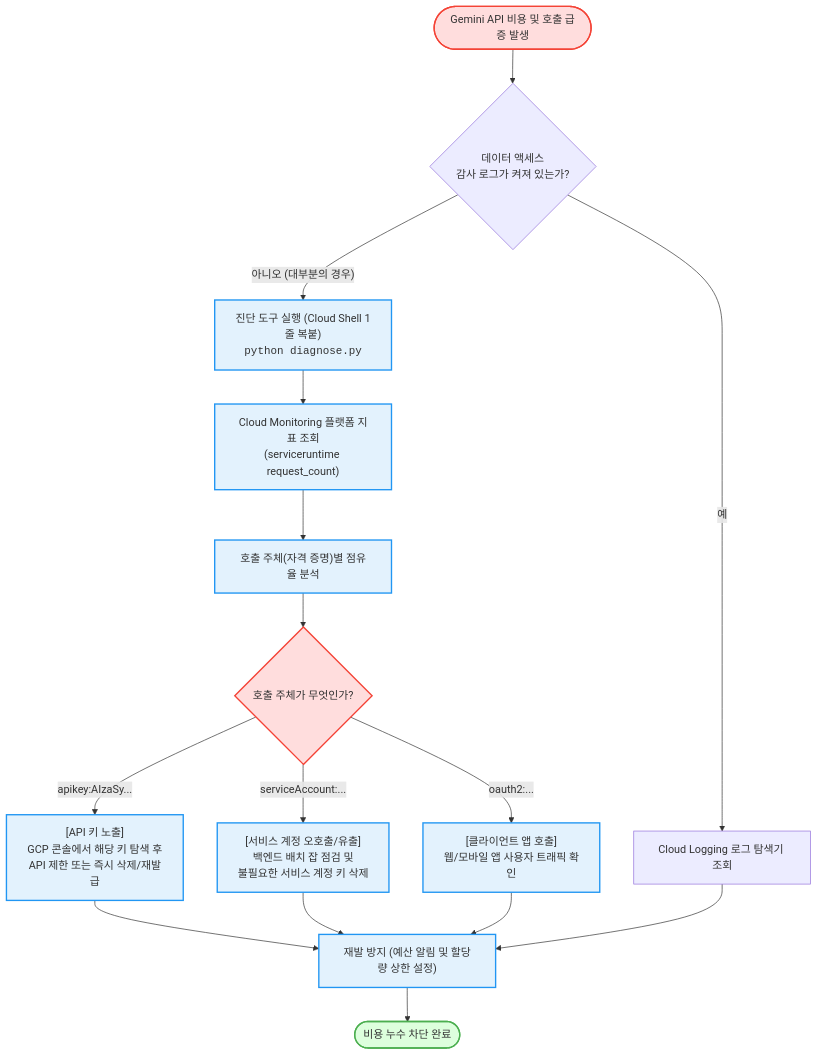
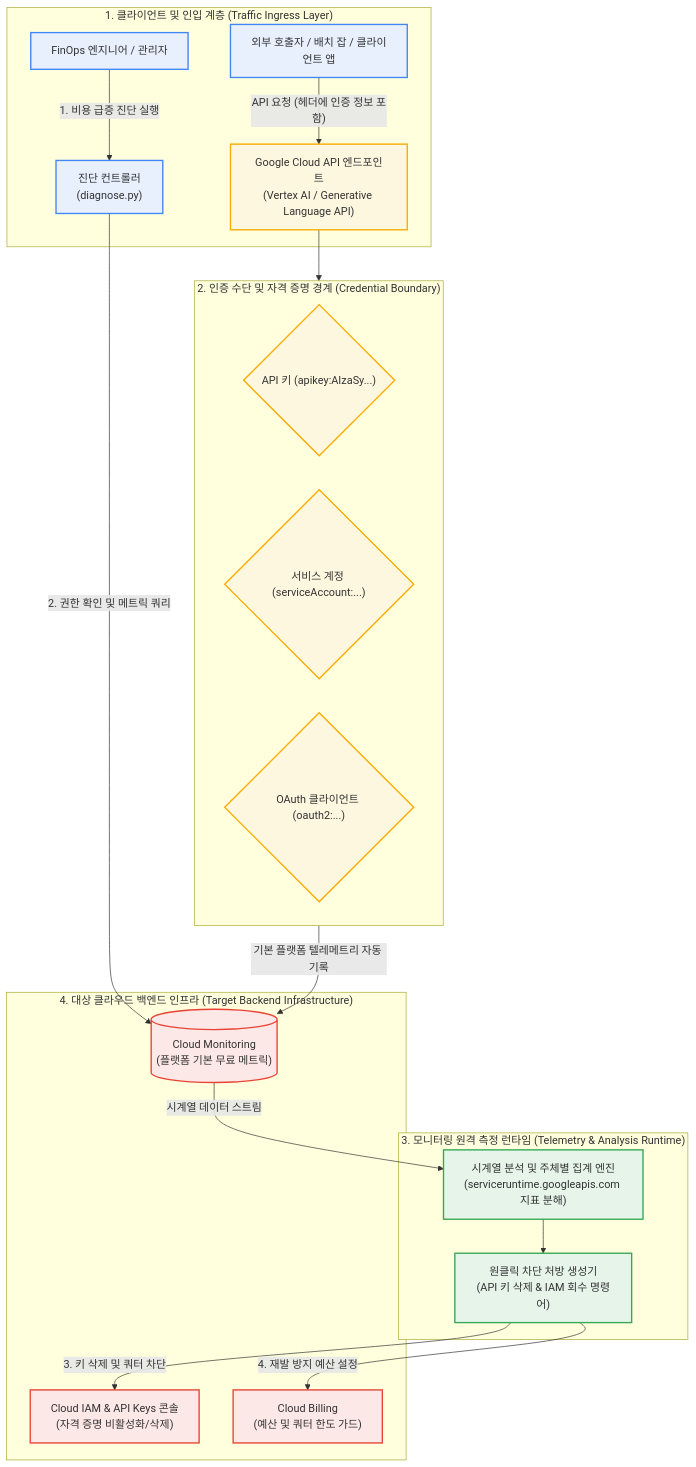
The diagram in samples/gemini-billing-spike/README.md (jiangjun-forge/google-cloud-0-to-1), drawn with Mermaid before and after one commit. The commit also changed other lines of this file and 94 other files, not shown here.

Commit message:
Standardize architecture specifications

````diff
--- a/samples/gemini-billing-spike/README.md
+++ b/samples/gemini-billing-spike/README.md
@@ -74,29 +76,43 @@
 ```mermaid
 flowchart TD
-    Start(["Gemini API 비용 및 호출 급증 발생"]) --> Q1{"데이터 액세스<br/>감사 로그가 켜져 있는가?"}
-    
-    Q1 -- "아니오 (대부분의 경우)" --> RunTool["진단 도구 실행 (Cloud Shell 1줄 복붙)<br/><code>python diagnose.py</code>"]
-    Q1 -- "예" --> AuditCheck["Cloud Logging 로그 탐색기 조회"]
-    
-    RunTool --> FetchMetrics["Cloud Monitoring 플랫폼 지표 조회<br/>(serviceruntime request_count)"]
-    FetchMetrics --> Aggregate["호출 주체(자격 증명)별 점유율 분석"]
-    
-    Aggregate --> Decision{"호출 주체가 무엇인가?"}
-    
-    Decision -- "apikey:AIzaSy..." --> FixApiKey["[API 키 노출]<br/>GCP 콘솔에서 해당 키 탐색 후<br/>API 제한 또는 즉시 삭제/재발급"]
-    Decision -- "serviceAccount:..." --> FixSA["[서비스 계정 오호출/유출]<br/>백엔드 배치 잡 점검 및<br/>불필요한 서비스 계정 키 삭제"]
-    Decision -- "oauth2:..." --> FixOAuth["[클라이언트 앱 호출]<br/>웹/모바일 앱 사용자 트래픽 확인"]
-    
-    FixApiKey --> Prevent["재발 방지 (예산 알림 및 할당량 상한 설정)"]
-    FixSA --> Prevent
-    FixOAuth --> Prevent
-    AuditCheck --> Prevent
-    Prevent --> Done(["비용 누수 차단 완료"])
+    subgraph Layer1["1. 클라이언트 및 인입 계층 (Traffic Ingress Layer)"]
+        Caller["외부 호출자 / 배치 잡 / 클라이언트 앱"] -->|"API 요청 (헤더에 인증 정보 포함)"| Endpoint["Google Cloud API 엔드포인트<br/>(Vertex AI / Generative Language API)"]
+        FinOps["FinOps 엔지니어 / 관리자"] -->|"1. 비용 급증 진단 실행"| CLI["진단 컨트롤러<br/>(diagnose.py)"]
+    end
 
-    classDef alert fill:#ffdddd,stroke:#f44336,stroke-width:2px;
-    classDef success fill:#ddffdd,stroke:#4caf50,stroke-width:2px;
-    classDef action fill:#e3f2fd,stroke:#2196f3,stroke-width:2px;
-    class Start,Decision alert;
-    class Done success;
-    class RunTool,FetchMetrics,Aggregate,FixApiKey,FixSA,FixOAuth,Prevent action;
+    subgraph Layer2["2. 인증 수단 및 자격 증명 경계 (Credential Boundary)"]
+        APIKey{"API 키 (apikey:AIzaSy...)"}
+        SAKey{"서비스 계정 (serviceAccount:...)"}
+        OAuth{"OAuth 클라이언트 (oauth2:...)"}
+    end
+
+    subgraph Layer3["3. 모니터링 원격 측정 런타임 (Telemetry & Analysis Runtime)"]
+        Engine["시계열 분석 및 주체별 집계 엔진<br/>(serviceruntime.googleapis.com 지표 분해)"]
+        FixGen["원클릭 차단 처방 생성기<br/>(API 키 삭제 & IAM 회수 명령어)"]
+        Engine --> FixGen
+    end
+
+    subgraph Layer4["4. 대상 클라우드 백엔드 인프라 (Target Backend Infrastructure)"]
+        Metrics[("Cloud Monitoring<br/>(플랫폼 기본 무료 메트릭)")]
+        IAMAdmin["Cloud IAM & API Keys 콘솔<br/>(자격 증명 비활성화/삭제)"]
+        BillingAlert["Cloud Billing<br/>(예산 및 쿼터 한도 가드)"]
+    end
+
+    Endpoint --> Layer2
+    Layer2 -->|"기본 플랫폼 텔레메트리 자동 기록"| Metrics
+
+    CLI -->|"2. 권한 확인 및 메트릭 쿼리"| Metrics
+    Metrics -->|"시계열 데이터 스트림"| Engine
+    FixGen -->|"3. 키 삭제 및 쿼터 차단"| IAMAdmin
+    FixGen -->|"4. 재발 방지 예산 설정"| BillingAlert
+
+    classDef portal fill:#e8f0fe,stroke:#4285f4,stroke-width:2px;
+    classDef security fill:#fef7e0,stroke:#f9ab00,stroke-width:2px;
+    classDef runtime fill:#e6f4ea,stroke:#34a853,stroke-width:2px;
+    classDef backend fill:#fce8e6,stroke:#ea4335,stroke-width:2px;
+
+    class Caller,FinOps,CLI portal;
+    class Endpoint,APIKey,SAKey,OAuth security;
+    class Engine,FixGen runtime;
+    class Metrics,IAMAdmin,BillingAlert backend;
 ```
````
